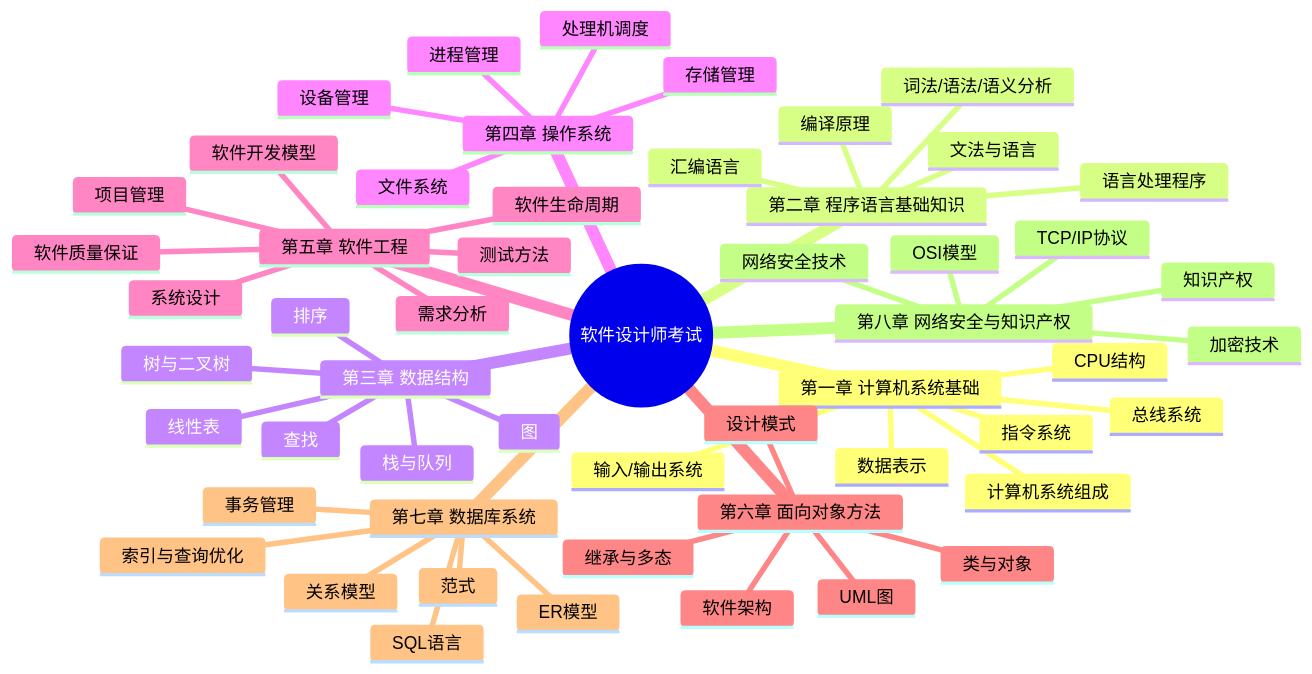
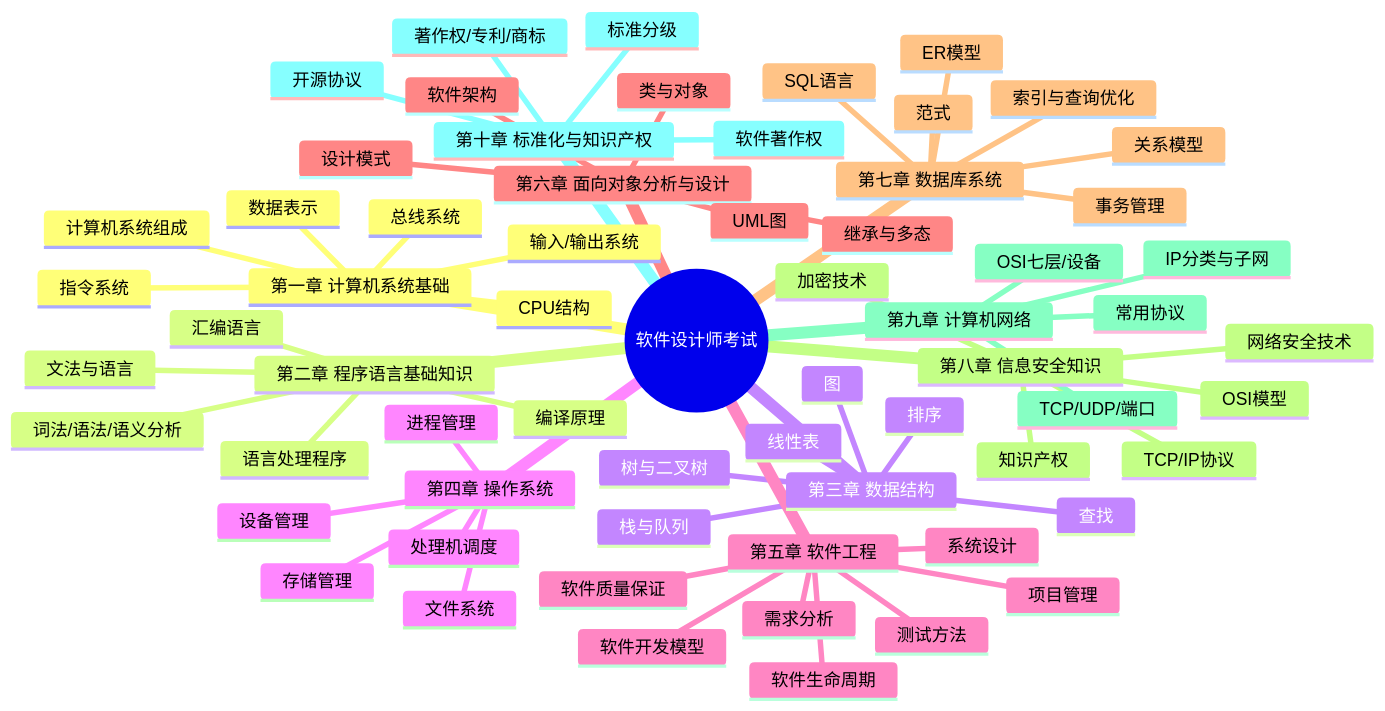
The diagram in docs/softdesigner/summary.md (laihaibo/meta-cert), drawn with Mermaid before and after one commit. The commit also changed other lines of this file and 20 other files, not shown here.

````diff
--- a/docs/softdesigner/summary.md
+++ b/docs/softdesigner/summary.md
@@ -5,57 +5,67 @@
 ```mermaid
 mindmap
   root((软件设计师考试))
     第一章 计算机系统基础
       计算机系统组成
       数据表示
       指令系统
       CPU结构
       总线系统
       输入/输出系统
     第二章 程序语言基础知识
       汇编语言
       编译原理
       词法/语法/语义分析
       文法与语言
       语言处理程序
     第三章 数据结构
       线性表
       栈与队列
       树与二叉树
       图
       查找
       排序
     第四章 操作系统
       进程管理
       处理机调度
       存储管理
       文件系统
       设备管理
     第五章 软件工程
       软件生命周期
       软件开发模型
       需求分析
       系统设计
       测试方法
       项目管理
       软件质量保证
-    第六章 面向对象方法
+    第六章 面向对象分析与设计
       UML图
       设计模式
       类与对象
       继承与多态
       软件架构
     第七章 数据库系统
       ER模型
       关系模型
       范式
       SQL语言
       事务管理
       索引与查询优化
-    第八章 网络安全与知识产权
+    第八章 信息安全知识
       OSI模型
       TCP/IP协议
       网络安全技术
       加密技术
       知识产权
+    第九章 计算机网络
+      OSI七层/设备
+      IP分类与子网
+      TCP/UDP/端口
+      常用协议
+    第十章 标准化与知识产权
+      标准分级
+      著作权/专利/商标
+      软件著作权
+      开源协议
 ```
````
